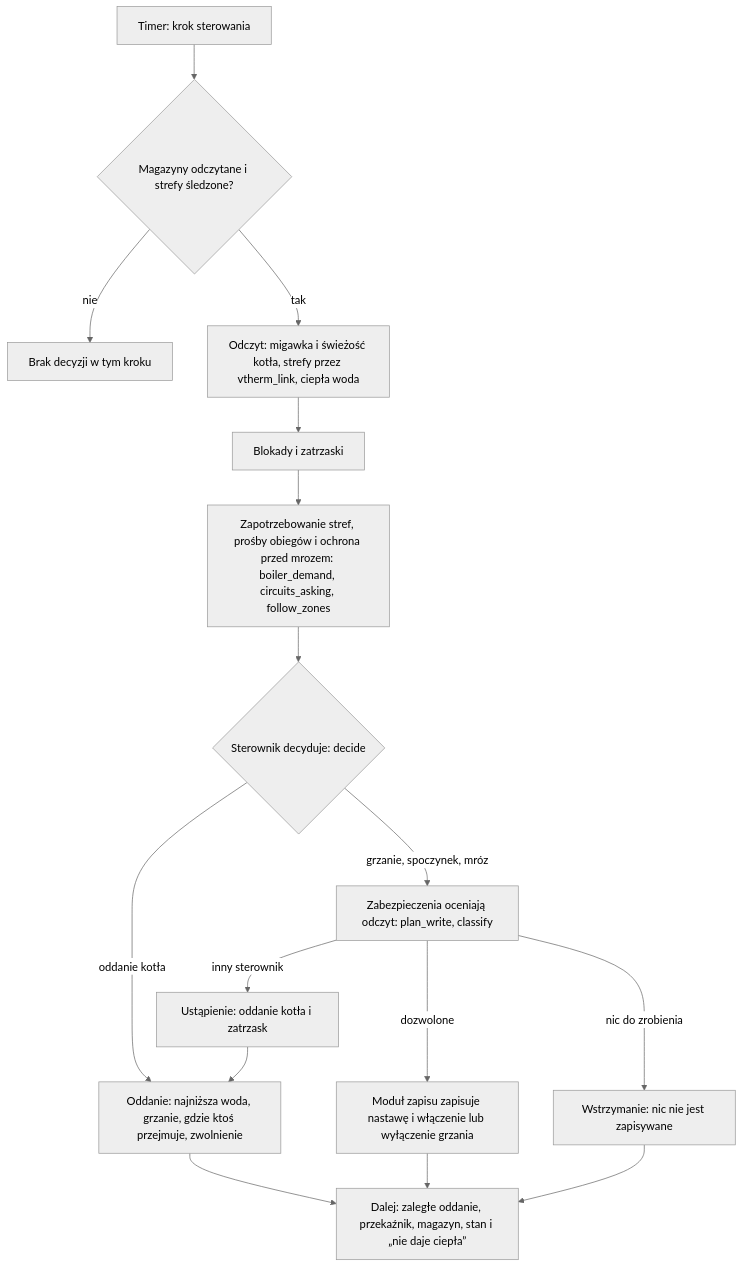
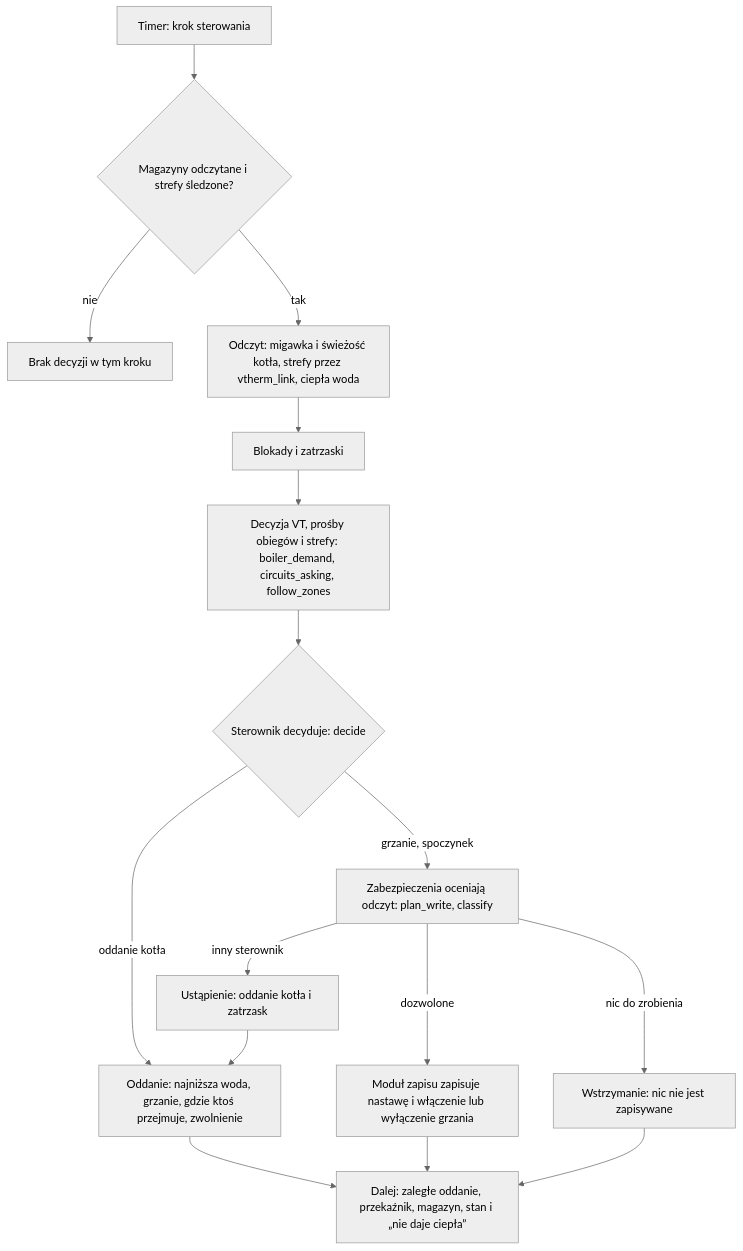
One commit to Shadow-230/vtherm-smart-boiler changed the diagram in docs/pl/technical/technical.md. Above: the diagram before and after it, drawn with Mermaid (neutral theme). The commit also changed other lines of this file and 19 other files, not shown here.

````diff
--- a/docs/pl/technical/technical.md
+++ b/docs/pl/technical/technical.md
@@ -283,18 +285,18 @@
 ```mermaid
 flowchart TD
     A["Timer: krok sterowania"] --> B{"Magazyny odczytane i strefy śledzone?"}
     B -->|"nie"| Z["Brak decyzji w tym kroku"]
     B -->|"tak"| C["Odczyt: migawka i świeżość kotła, strefy przez vtherm_link, ciepła woda"]
     C --> D["Blokady i zatrzaski"]
-    D --> E["Zapotrzebowanie stref, prośby obiegów i ochrona przed mrozem: boiler_demand, circuits_asking, follow_zones"]
+    D --> E["Decyzja VT, prośby obiegów i strefy: boiler_demand, circuits_asking, follow_zones"]
     E --> F{"Sterownik decyduje: decide"}
     F -->|"oddanie kotła"| H["Oddanie: najniższa woda, grzanie, gdzie ktoś przejmuje, zwolnienie"]
-    F -->|"grzanie, spoczynek, mróz"| G["Zabezpieczenia oceniają odczyt: plan_write, classify"]
+    F -->|"grzanie, spoczynek"| G["Zabezpieczenia oceniają odczyt: plan_write, classify"]
     G -->|"inny sterownik"| S["Ustąpienie: oddanie kotła i zatrzask"]
     S --> H
     G -->|"dozwolone"| W["Moduł zapisu zapisuje nastawę i włączenie lub wyłączenie grzania"]
     G -->|"nic do zrobienia"| K["Wstrzymanie: nic nie jest zapisywane"]
     W --> F2["Dalej: zaległe oddanie, przekaźnik, magazyn, stan i „nie daje ciepła”"]
     K --> F2
     H --> F2
 ```
````
